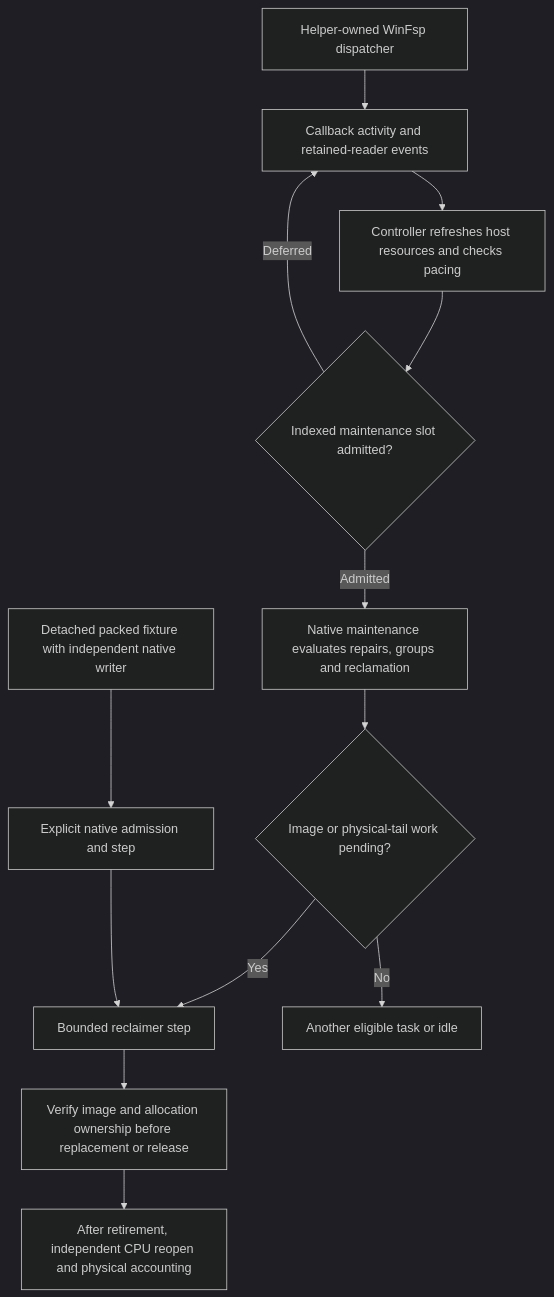
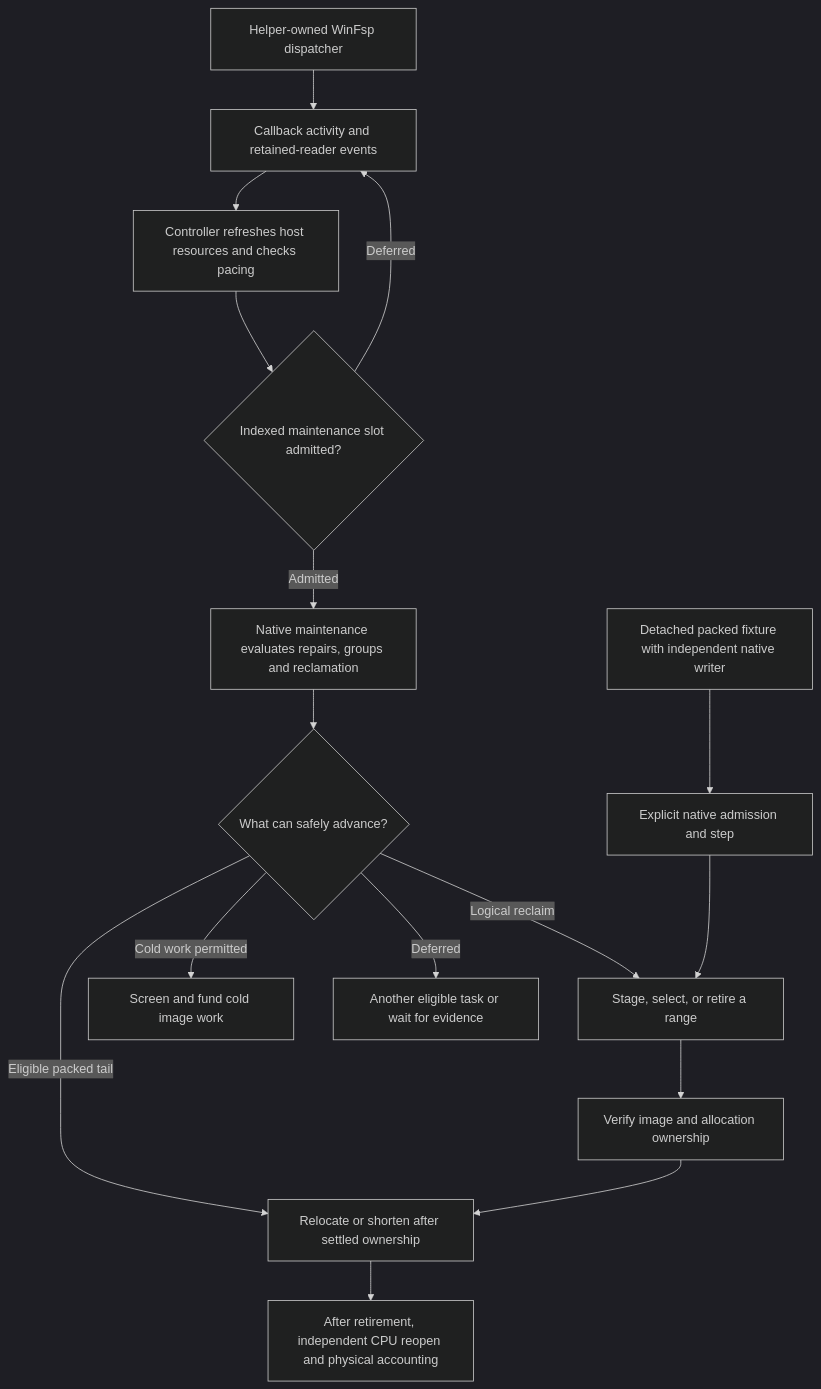
One commit to strmt7/FlitzFS changed the tenth of 12 diagrams in docs/architecture/CURRENT.md. Above: the diagram before and after it, drawn with Mermaid (dark theme). The commit also changed other lines of this file and 16 other files, not shown here.

Commit message:
Decouple packed backing release and refresh the stable release plan

````diff
--- a/docs/architecture/CURRENT.md
+++ b/docs/architecture/CURRENT.md
@@ -347,15 +353,18 @@
 ```mermaid
 flowchart TD
     App["Helper-owned WinFsp dispatcher"] --> Event["Callback activity and retained-reader events"]
     Event --> Scheduler["Controller refreshes host resources and checks pacing"]
     Scheduler --> Slot{"Indexed maintenance slot admitted?"}
     Slot -->|Deferred| Event
     Slot -->|Admitted| Native["Native maintenance evaluates repairs, groups and reclamation"]
-    Native --> Pending{"Image or physical-tail work pending?"}
-    Pending -->|Yes| Advance["Bounded reclaimer step"]
-    Pending -->|No| Idle["Another eligible task or idle"]
-    Advance --> Ownership["Verify image and allocation ownership before replacement or release"]
+    Native --> Phase{"What can safely advance?"}
+    Phase -->|Logical reclaim| Advance["Stage, select, or retire a range"]
+    Phase -->|Eligible packed tail| Release["Relocate or shorten after settled ownership"]
+    Phase -->|Cold work permitted| Screen["Screen and fund cold image work"]
+    Phase -->|Deferred| Idle["Another eligible task or wait for evidence"]
+    Advance --> Ownership["Verify image and allocation ownership"]
+    Ownership --> Release
     Detach["Detached packed fixture with independent native writer"] --> Direct["Explicit native admission and step"]
     Direct --> Advance
-    Ownership --> Verify["After retirement, independent CPU reopen and physical accounting"]
+    Release --> Verify["After retirement, independent CPU reopen and physical accounting"]
 ```
````
